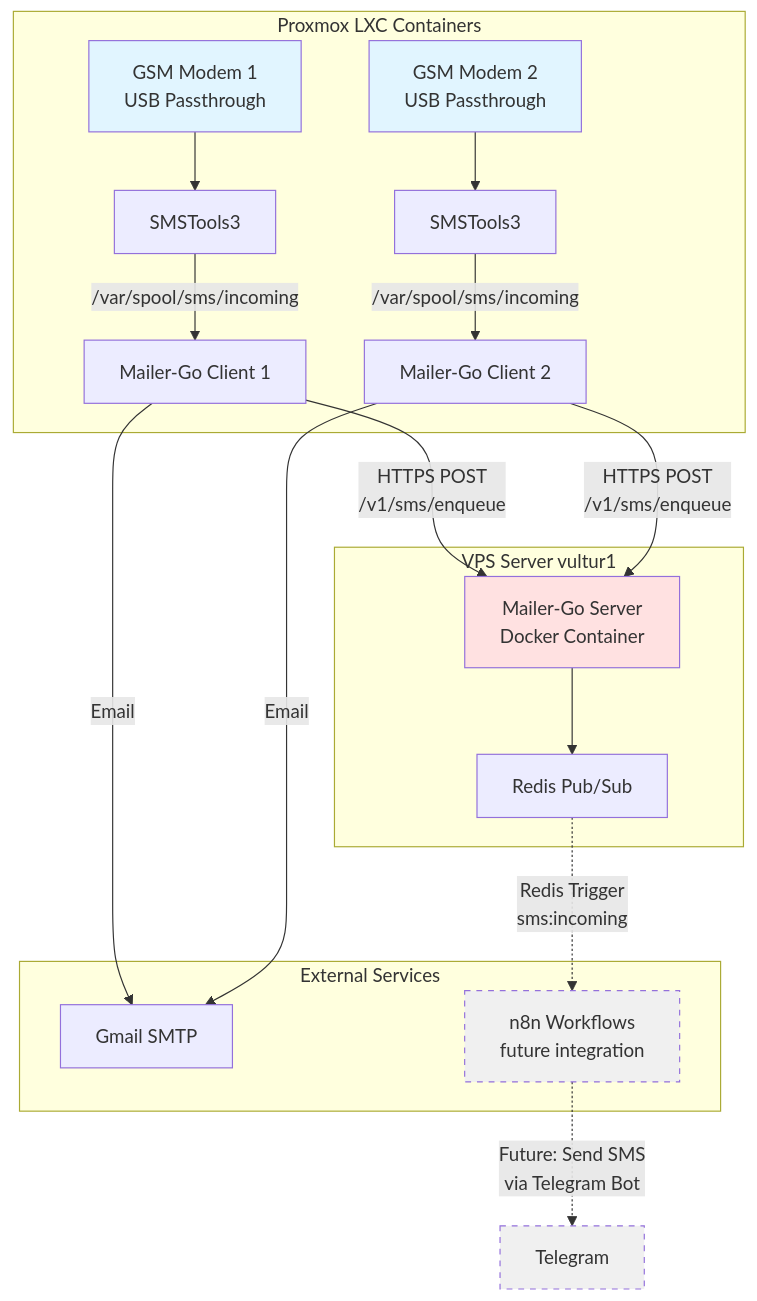
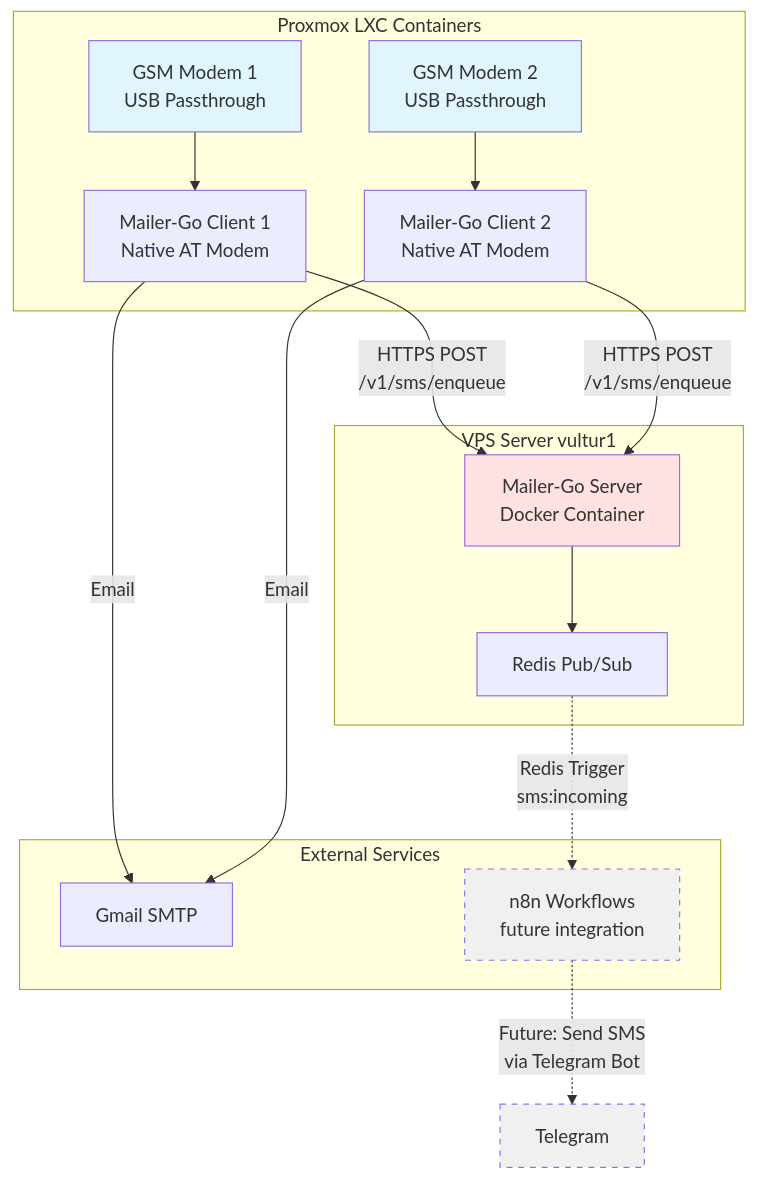
Before and after one commit to josnelihurt/mailer-go: the first of 3 diagrams in README.md, drawn with Mermaid. The commit also changed other lines of this file and 7 other files, not shown here.

````diff
--- a/README.md
+++ b/README.md
@@ -28,34 +28,32 @@
 ```mermaid
 graph TB
     subgraph "Proxmox LXC Containers"
-        M1[GSM Modem 1<br/>USB Passthrough] --> S1[SMSTools3]
-        M2[GSM Modem 2<br/>USB Passthrough] --> S2[SMSTools3]
-        S1 --> |/var/spool/sms/incoming| C1[Mailer-Go Client 1]
-        S2 --> |/var/spool/sms/incoming| C2[Mailer-Go Client 2]
+        M1[GSM Modem 1<br/>USB Passthrough] --> C1[Mailer-Go Client 1<br/>Native AT Modem]
+        M2[GSM Modem 2<br/>USB Passthrough] --> C2[Mailer-Go Client 2<br/>Native AT Modem]
     end
 
     subgraph "VPS Server vultur1"
         API[Mailer-Go Server<br/>Docker Container]
         REDIS[Redis Pub/Sub]
         API --> REDIS
     end
 
     subgraph "External Services"
         GMAIL[Gmail SMTP]
         N8N[n8n Workflows<br/>future integration]
     end
 
     C1 --> |HTTPS POST<br/>/v1/sms/enqueue| API
     C2 --> |HTTPS POST<br/>/v1/sms/enqueue| API
     C1 --> |Email| GMAIL
     C2 --> |Email| GMAIL
 
     REDIS -.-> |Redis Trigger<br/>sms:incoming| N8N
     N8N -.-> |Future: Send SMS<br/>via Telegram Bot| TELEGRAM[Telegram]
 
     style M1 fill:#e1f5ff
     style M2 fill:#e1f5ff
     style API fill:#ffe1e1
     style N8N fill:#f0f0f0,stroke-dasharray: 5 5
     style TELEGRAM fill:#f0f0f0,stroke-dasharray: 5 5
 ```
````
